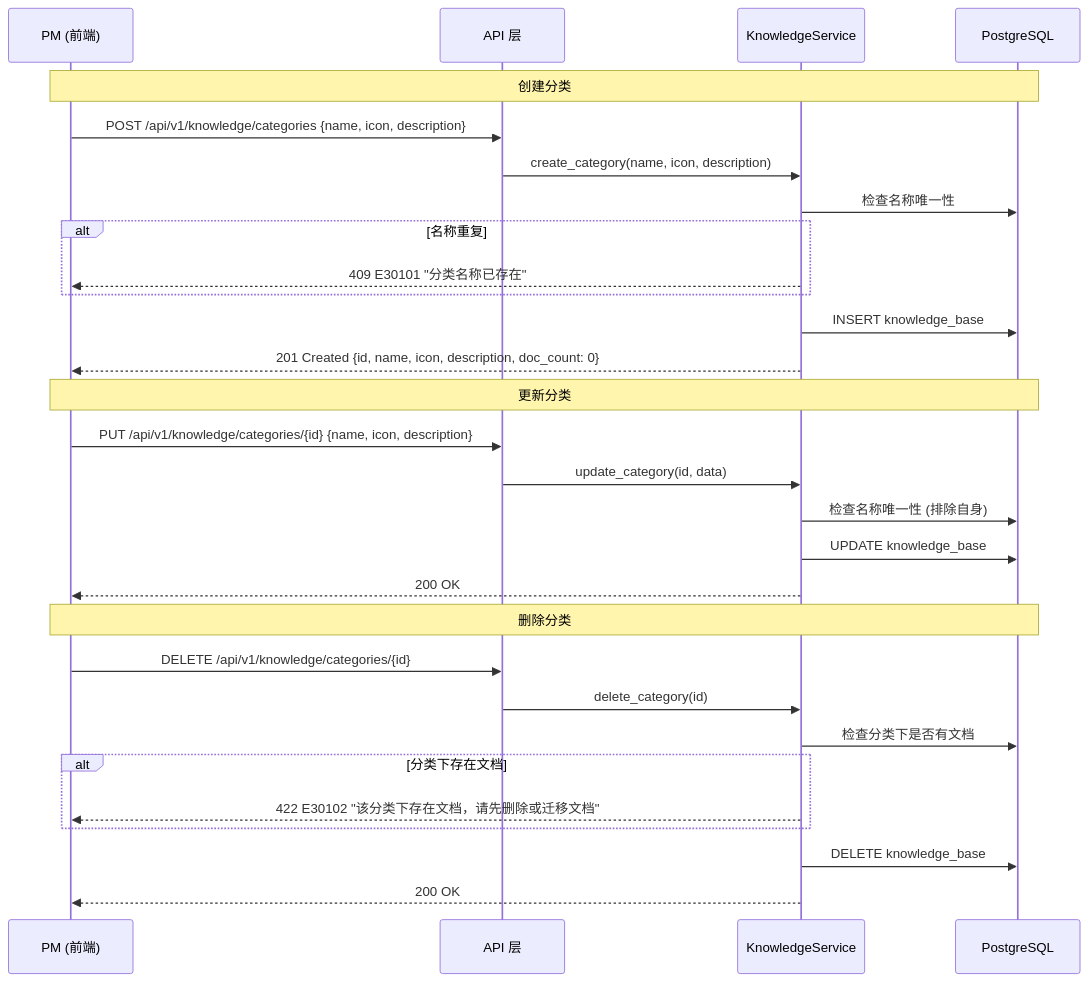
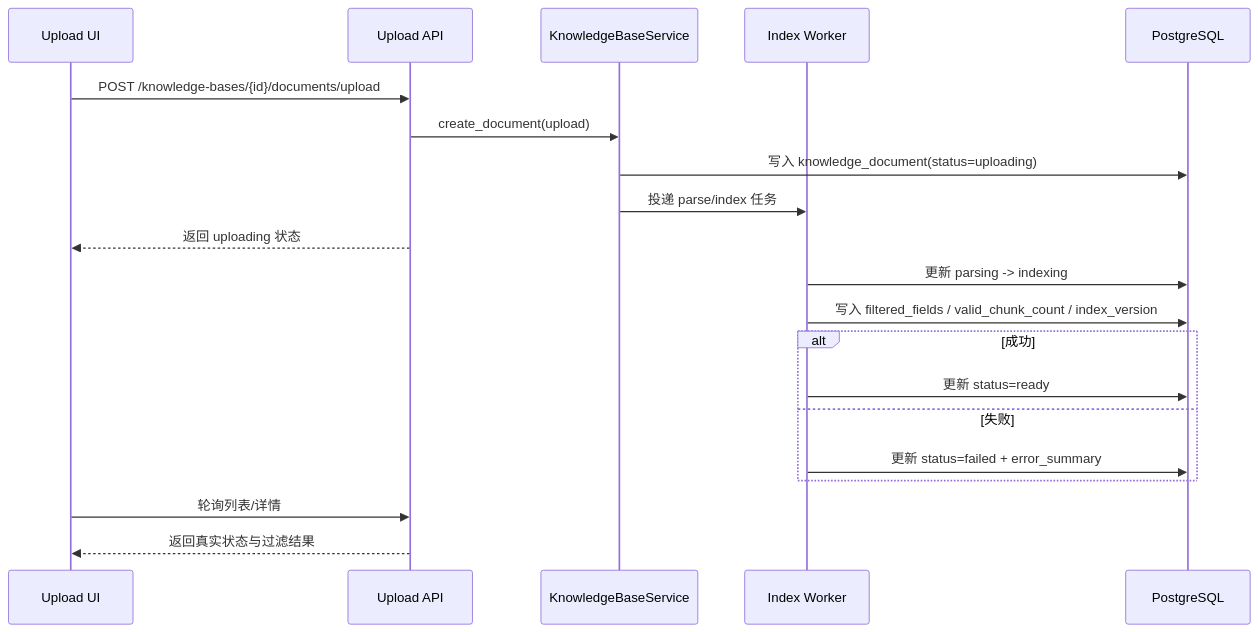
Before and after one commit to WangShaoyu1/spec_kit_superpower: the second of 3 diagrams in specs/master/ad/ad-knowledge-base.md, drawn with Mermaid. The commit also changed other lines of this file and 416 other files, not shown here.

````diff
--- a/specs/master/ad/ad-knowledge-base.md
+++ b/specs/master/ad/ad-knowledge-base.md
@@ -170,34 +73,23 @@
 ```mermaid
 sequenceDiagram
-    participant PM as PM (前端)
-    participant API as API 层
-    participant KS as KnowledgeService
-    participant DB as PostgreSQL
+    participant FE as Upload UI
+    participant API as Upload API
+    participant SVC as KnowledgeBaseService
+    participant JOB as Index Worker
+    participant PG as PostgreSQL
 
-    Note over PM, DB: 创建分类
-    PM->>API: POST /api/v1/knowledge/categories {name, icon, description}
-    API->>KS: create_category(name, icon, description)
-    KS->>DB: 检查名称唯一性
-    alt 名称重复
-        KS-->>PM: 409 E30101 "分类名称已存在"
+    FE->>API: POST /knowledge-bases/{id}/documents/upload
+    API->>SVC: create_document(upload)
+    SVC->>PG: 写入 knowledge_document(status=uploading)
+    SVC->>JOB: 投递 parse/index 任务
+    API-->>FE: 返回 uploading 状态
+    JOB->>PG: 更新 parsing -> indexing
+    JOB->>PG: 写入 filtered_fields / valid_chunk_count / index_version
+    alt 成功
+        JOB->>PG: 更新 status=ready
+    else 失败
+        JOB->>PG: 更新 status=failed + error_summary
     end
-    KS->>DB: INSERT knowledge_base
-    KS-->>PM: 201 Created {id, name, icon, description, doc_count: 0}
-
-    Note over PM, DB: 更新分类
-    PM->>API: PUT /api/v1/knowledge/categories/{id} {name, icon, description}
-    API->>KS: update_category(id, data)
-    KS->>DB: 检查名称唯一性 (排除自身)
-    KS->>DB: UPDATE knowledge_base
-    KS-->>PM: 200 OK
-
-    Note over PM, DB: 删除分类
-    PM->>API: DELETE /api/v1/knowledge/categories/{id}
-    API->>KS: delete_category(id)
-    KS->>DB: 检查分类下是否有文档
-    alt 分类下存在文档
-        KS-->>PM: 422 E30102 "该分类下存在文档，请先删除或迁移文档"
-    end
-    KS->>DB: DELETE knowledge_base
-    KS-->>PM: 200 OK
+    FE->>API: 轮询列表/详情
+    API-->>FE: 返回真实状态与过滤结果
 ```
````
